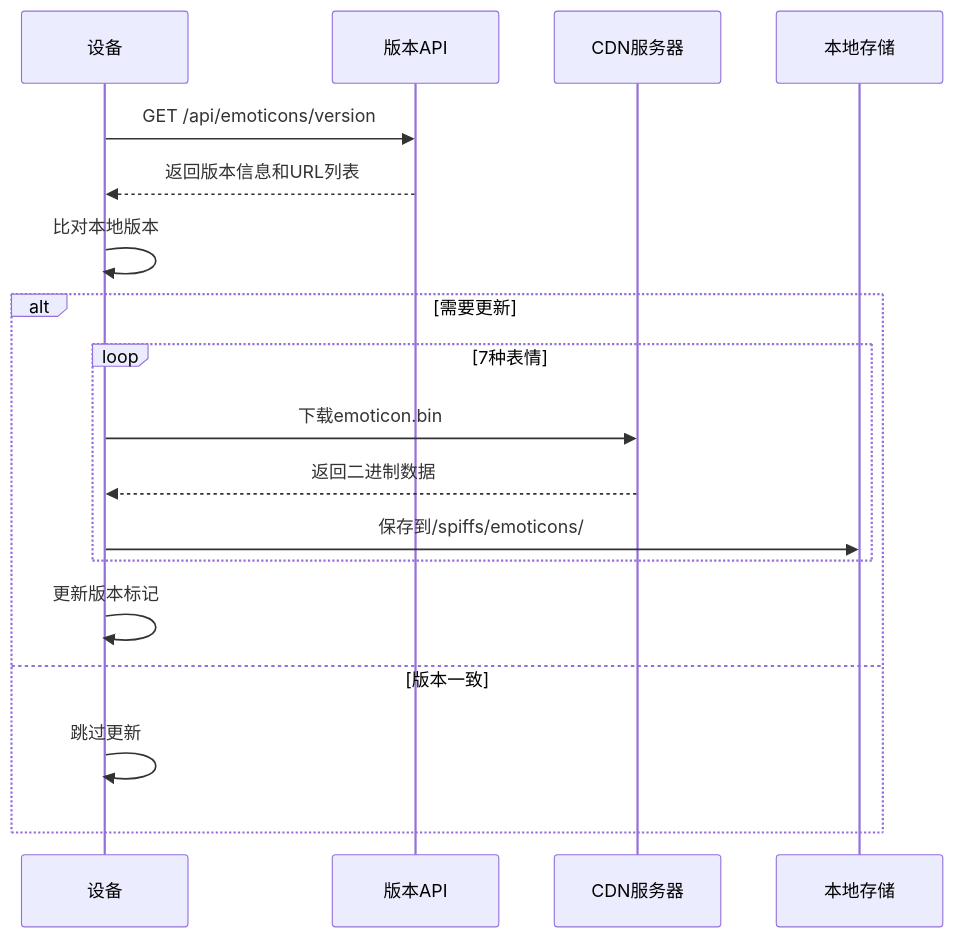
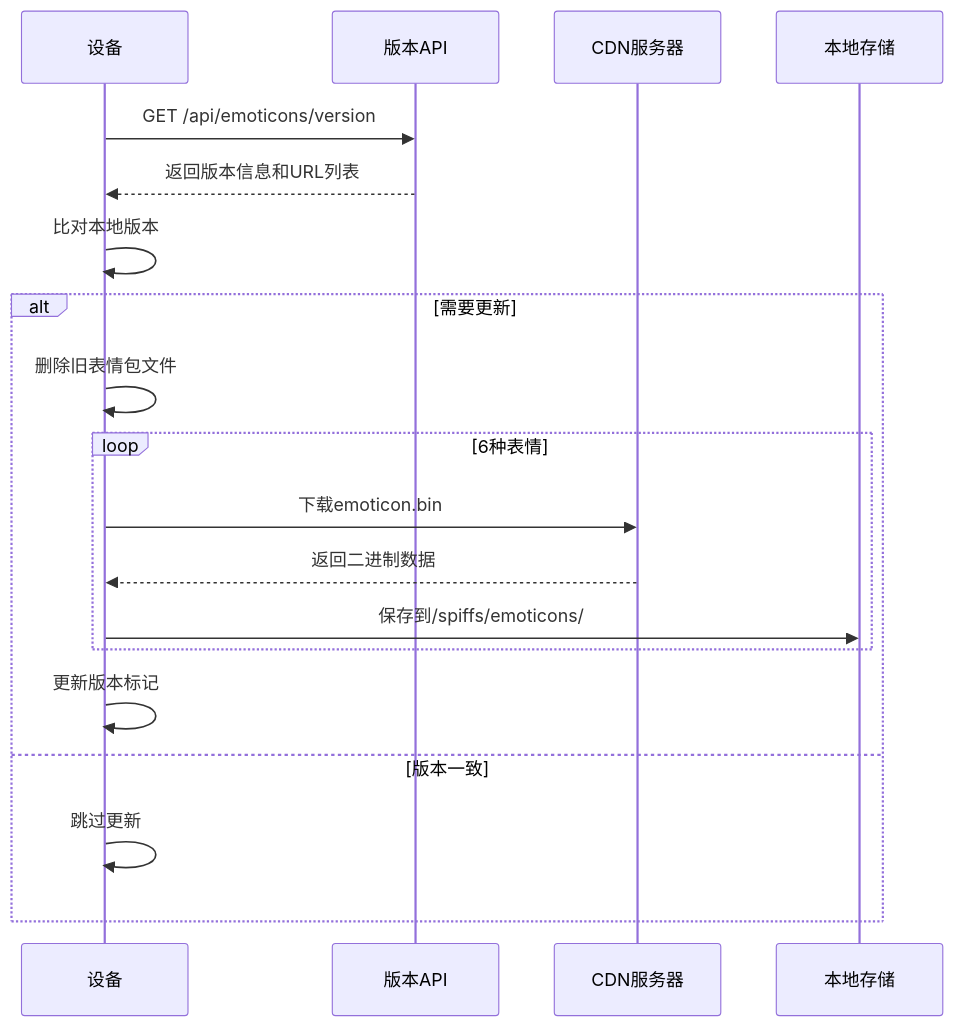
The fourth of 5 diagrams in docs/wiki/显示系统/表情包系统.md (Chris-websketch/xiaozhi-esp32), drawn with Mermaid before and after one commit. The commit also changed other lines of this file and 28 other files, not shown here.

First line of the commit message:
feat(image): 移除恐惧和厌恶表情包并优化图片资源管理

````diff
--- a/docs/wiki/显示系统/表情包系统.md
+++ b/docs/wiki/显示系统/表情包系统.md
@@ -214,21 +213,22 @@
 ```mermaid
 sequenceDiagram
 participant Device as 设备
 participant API as 版本API
 participant CDN as CDN服务器
 participant SPIFFS as 本地存储
 
 Device->>API: GET /api/emoticons/version
 API-->>Device: 返回版本信息和URL列表
 Device->>Device: 比对本地版本
 alt 需要更新
-    loop 7种表情
+    Device->>Device: 删除旧表情包文件
+    loop 6种表情
         Device->>CDN: 下载emoticon.bin
         CDN-->>Device: 返回二进制数据
         Device->>SPIFFS: 保存到/spiffs/emoticons/
     end
     Device->>Device: 更新版本标记
 else 版本一致
     Device->>Device: 跳过更新
 end
 ```
````
